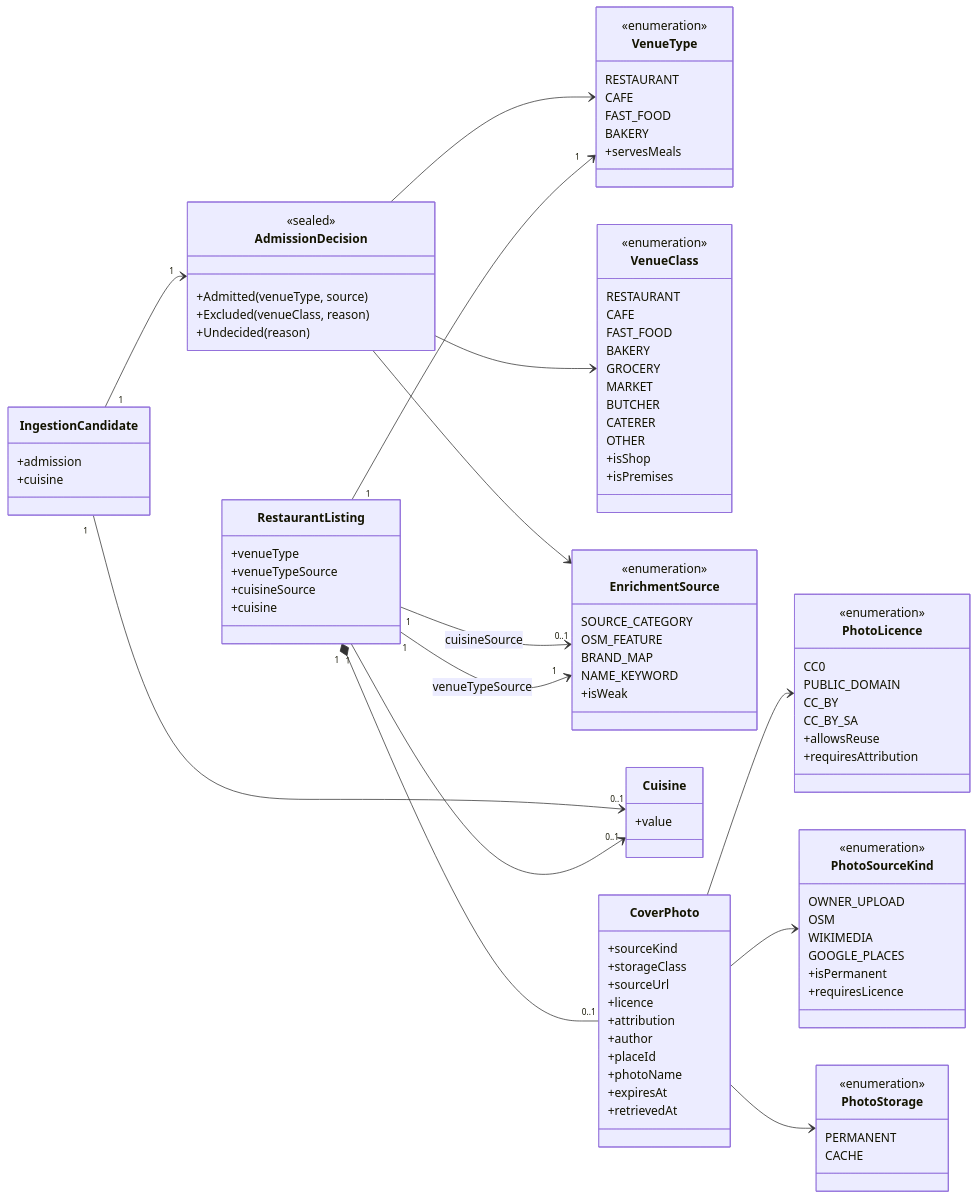
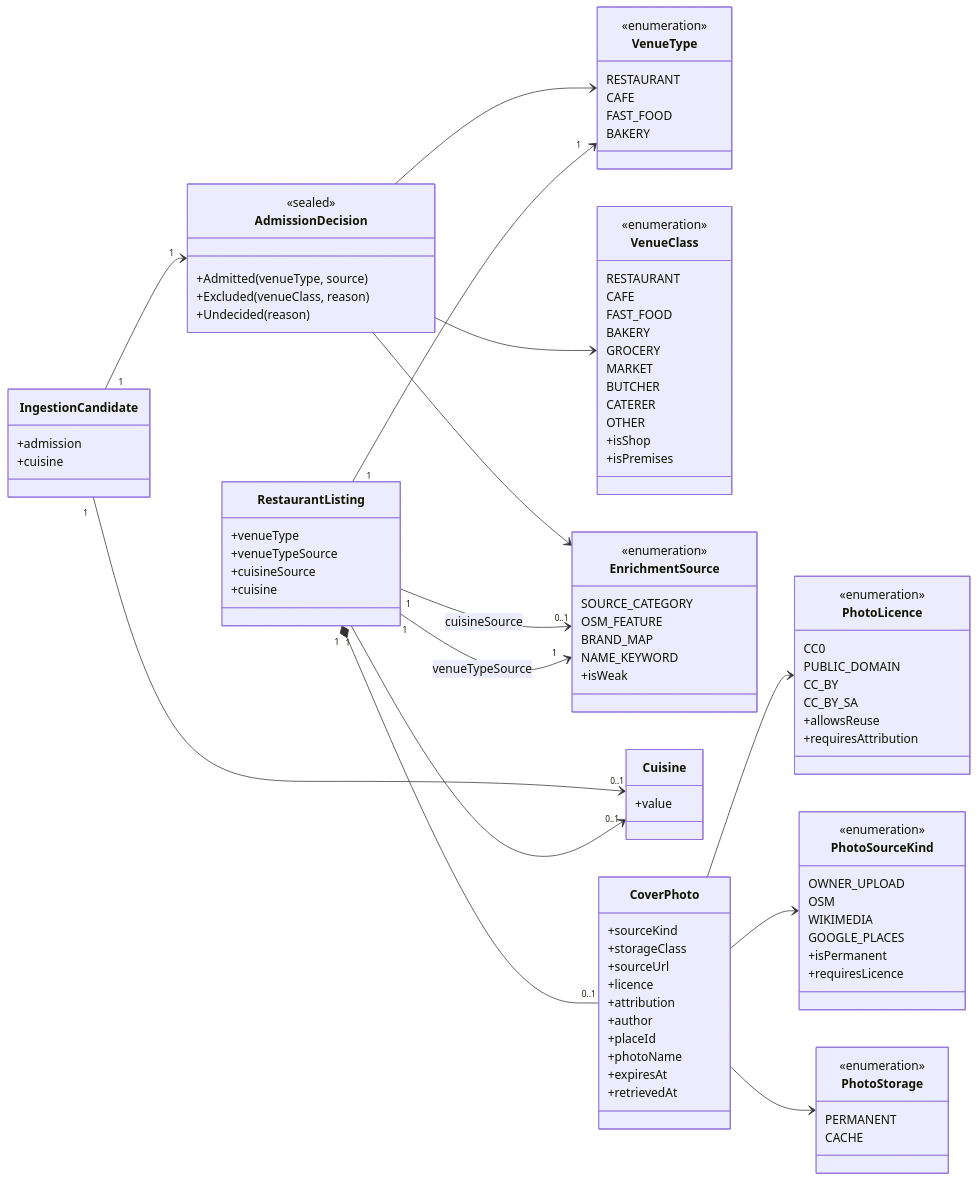
The diagram in docs/features/SC-231/01-domain-model.md (Losers-Lab/tahirs-list), drawn with Mermaid before and after one commit. The commit also changed other lines of this file and 7 other files, not shown here.

Commit message:
[SC-231] Add V25 schema and venue vocabularies

```diff
--- a/docs/features/SC-231/01-domain-model.md
+++ b/docs/features/SC-231/01-domain-model.md
@@ -19,7 +19,6 @@
     CAFE
     FAST_FOOD
     BAKERY
-    +servesMeals
   }
   class VenueClass {
     <<enumeration>>
```
